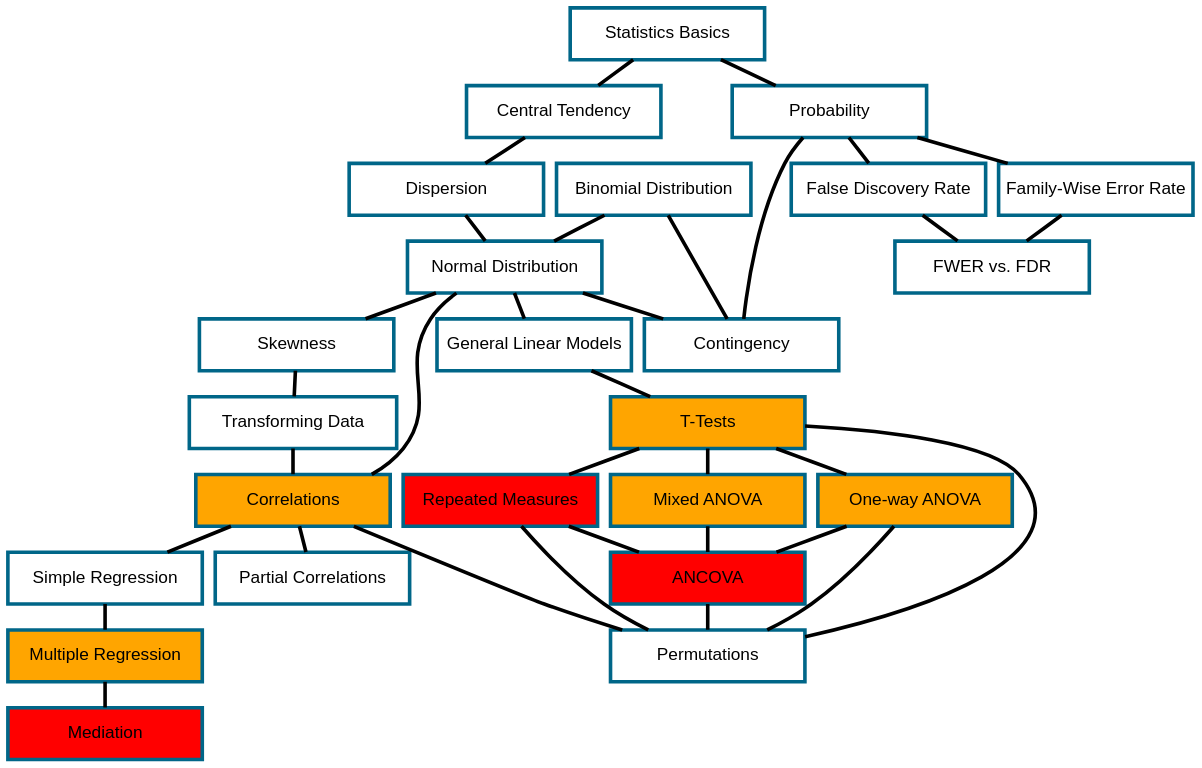
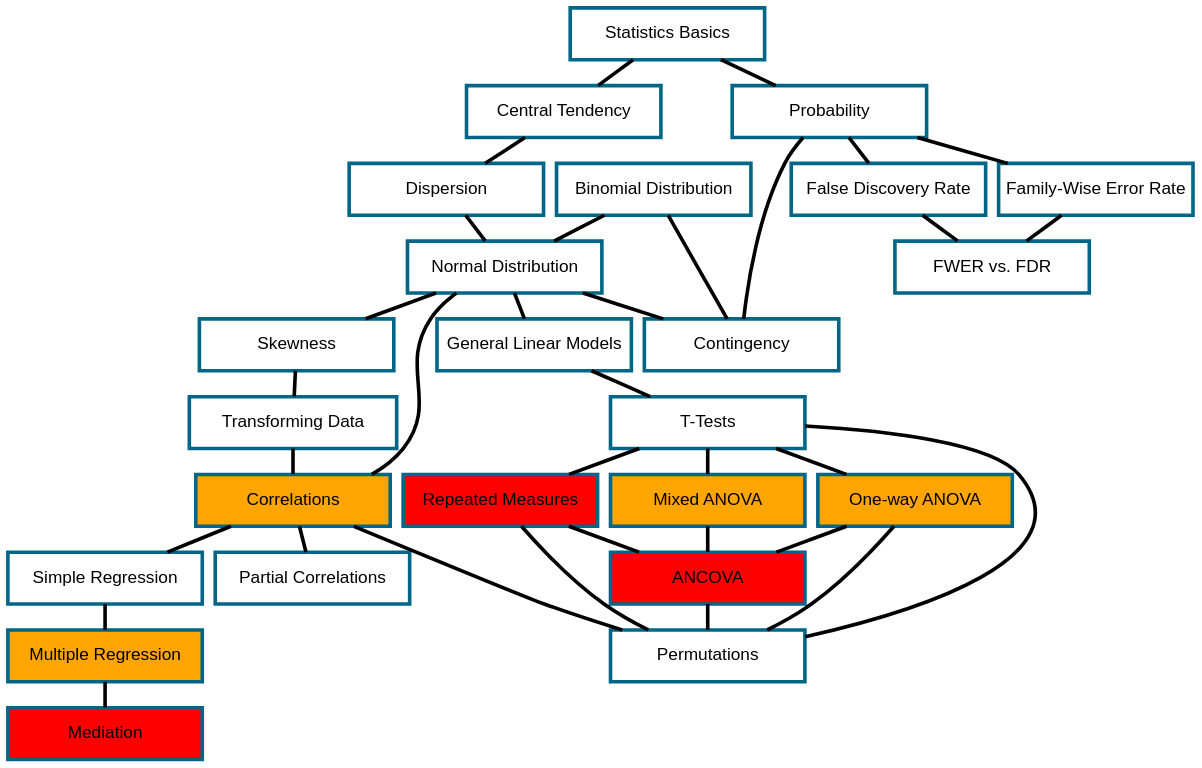
The diagram in overview.qmd (Reading-Psych/jast), drawn with Graphviz before and after one commit. The commit also changed 163 other files, not shown here.

```diff
--- a/overview.qmd
+++ b/overview.qmd
@@ -174,7 +174,7 @@
 		ttests [
 		  label     = "T-Tests",
 		  URL       = "../GeneralLinearModels/TTests.html",
-		  fillcolor = "orange"
+		  fillcolor = "white"
 		]
 	}
 	/* connections */
```
